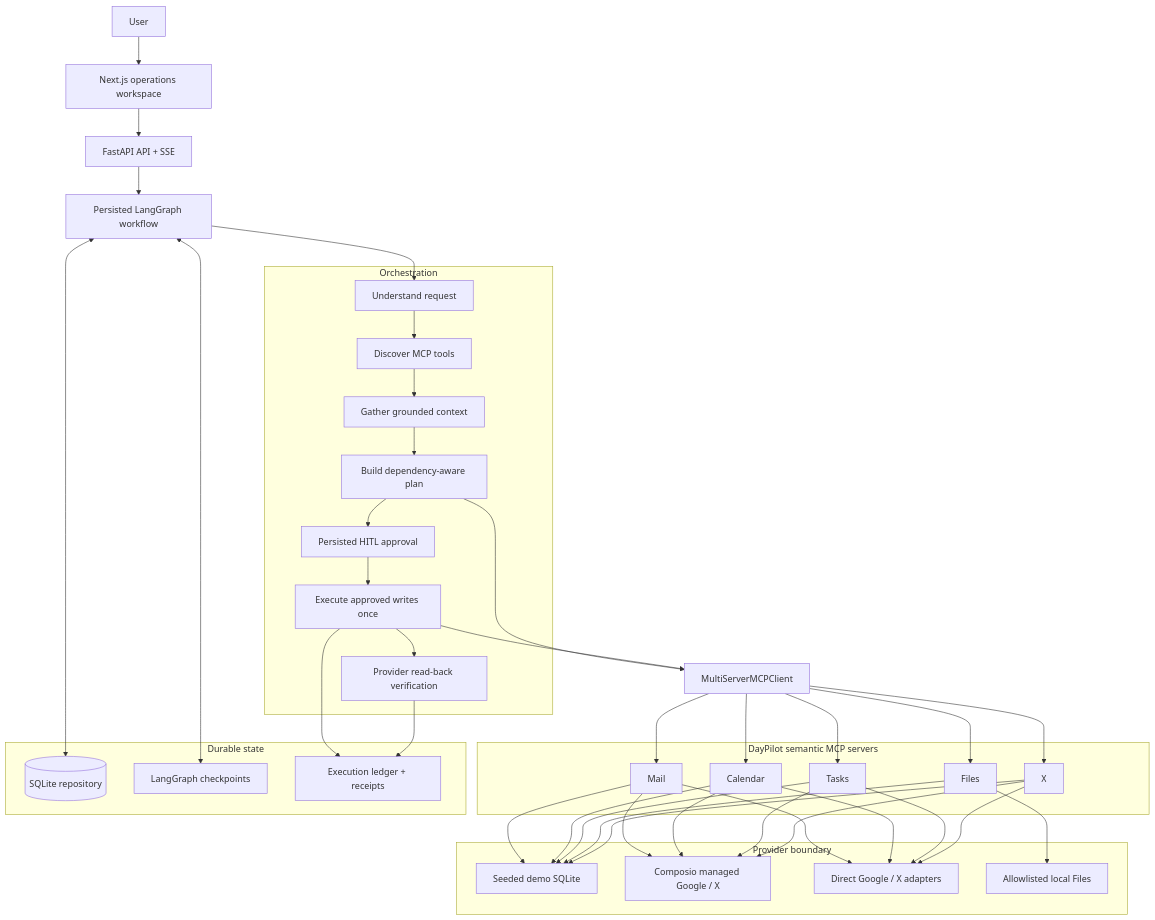
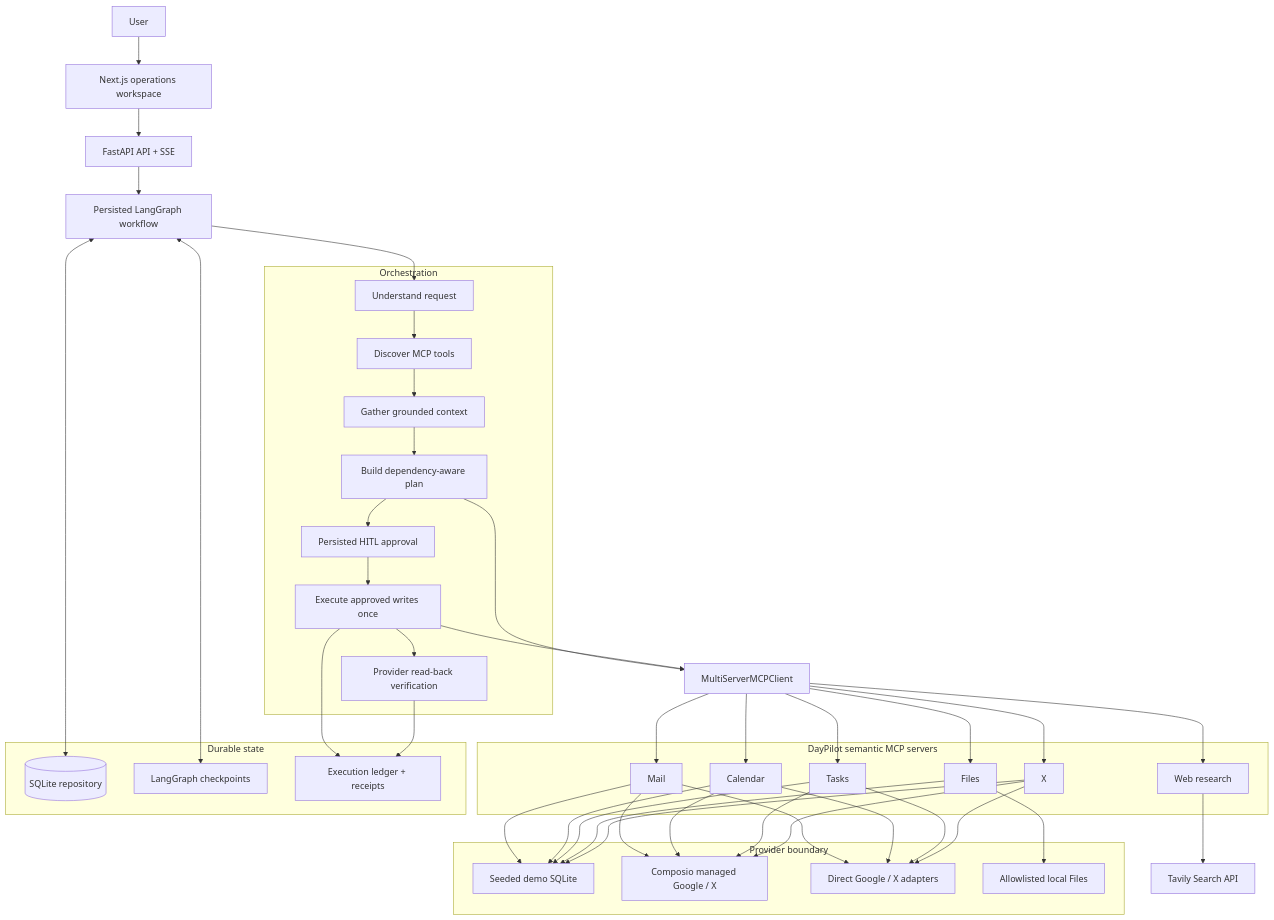
One commit to dumpydon/daypilot changed the first of 2 diagrams in README.md. Above: the diagram before and after it, drawn with Mermaid. The commit also changed other lines of this file and 27 other files, not shown here.

````diff
--- a/README.md
+++ b/README.md
@@ -32,65 +32,68 @@
 ```mermaid
 flowchart TB
     User[User] --> UI[Next.js operations workspace]
     UI --> API[FastAPI API + SSE]
     API --> Graph[Persisted LangGraph workflow]
 
     subgraph orchestration[Orchestration]
         Intent[Understand request]
         Discover[Discover MCP tools]
         Gather[Gather grounded context]
         Plan[Build dependency-aware plan]
         Gate[Persisted HITL approval]
         Execute[Execute approved writes once]
         Verify[Provider read-back verification]
         Intent --> Discover --> Gather --> Plan --> Gate --> Execute --> Verify
     end
     Graph --> Intent
 
     Plan --> MCP[MultiServerMCPClient]
     Execute --> MCP
 
     subgraph semantic[DayPilot semantic MCP servers]
         Mail[Mail]
         Calendar[Calendar]
         Tasks[Tasks]
         Files[Files]
         X[X]
+        Web[Web research]
     end
     MCP --> Mail
     MCP --> Calendar
     MCP --> Tasks
     MCP --> Files
     MCP --> X
+    MCP --> Web
 
     subgraph providers[Provider boundary]
         Demo[Seeded demo SQLite]
         Managed[Composio managed Google / X]
         Direct[Direct Google / X adapters]
         Local[Allowlisted local Files]
     end
     Mail --> Demo
     Calendar --> Demo
     Tasks --> Demo
     Files --> Demo
     X --> Demo
     Mail --> Managed
     Calendar --> Managed
     Tasks --> Managed
     X --> Managed
     Mail --> Direct
     Calendar --> Direct
     Tasks --> Direct
     X --> Direct
     Files --> Local
+    Web --> Tavily[Tavily Search API]
 
     subgraph persistence[Durable state]
         SQLite[(SQLite repository)]
         Checkpoints[LangGraph checkpoints]
         Ledger[Execution ledger + receipts]
     end
     Graph <--> SQLite
     Graph <--> Checkpoints
     Execute --> Ledger
     Verify --> Ledger
 ```
````
